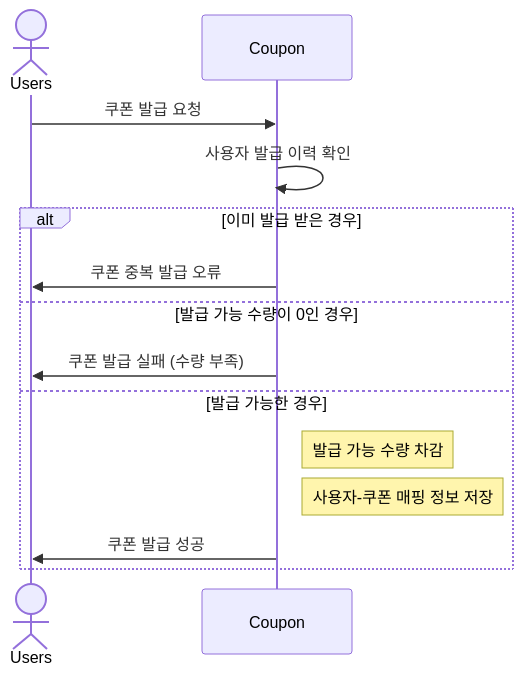
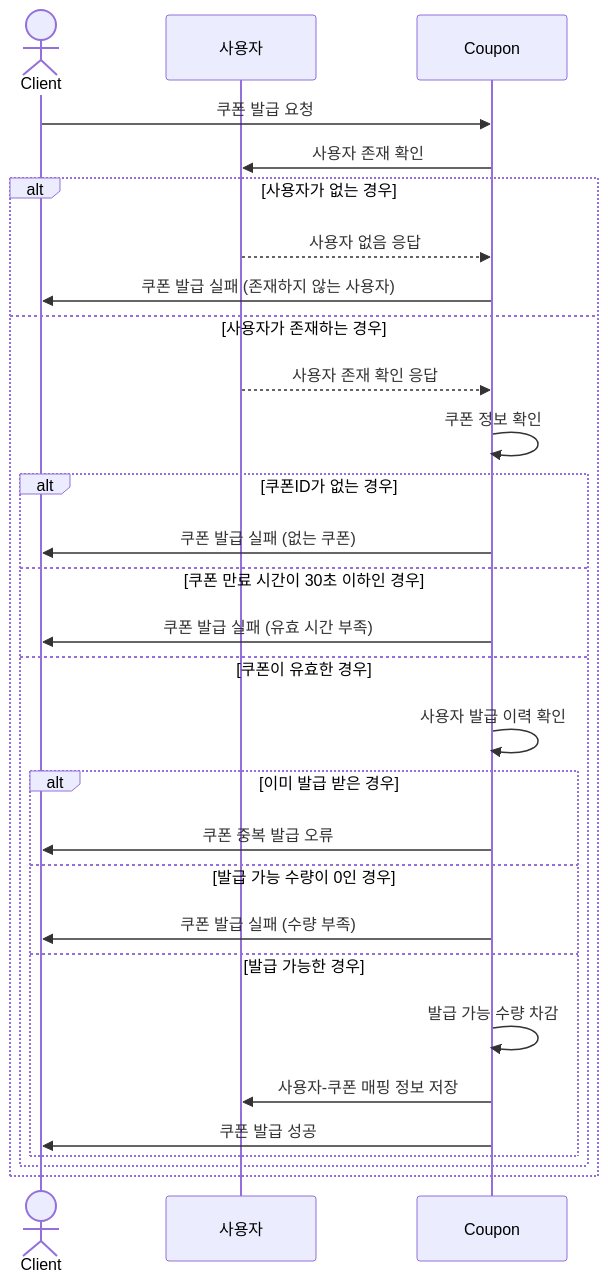
Before and after one commit to KMGeon/hhplus-e-commerce: the fifth of 8 diagrams in docs/SequenceDiagram.md, drawn with Mermaid. The commit also changed other lines of this file, not shown here.

Commit message:
[DOCS] : 시퀀스 다이어그램

````diff
--- a/docs/SequenceDiagram.md
+++ b/docs/SequenceDiagram.md
@@ -53,17 +134,35 @@
 ```mermaid
 sequenceDiagram
-    actor Users
+    actor Client
+    participant Usr as 사용자
     participant Coupon
     
-    Users->>Coupon: 쿠폰 발급 요청
-    Coupon->>Coupon: 사용자 발급 이력 확인
-    alt 이미 발급 받은 경우
-        Coupon->>Users: 쿠폰 중복 발급 오류
-    else 발급 가능 수량이 0인 경우
-        Coupon->>Users: 쿠폰 발급 실패 (수량 부족)
-    else 발급 가능한 경우
-        Note right of Coupon: 발급 가능 수량 차감
-        Note right of Coupon: 사용자-쿠폰 매핑 정보 저장
-        Coupon->>Users: 쿠폰 발급 성공
+    Client->>Coupon: 쿠폰 발급 요청
+    Coupon->>Usr: 사용자 존재 확인
+    
+    alt 사용자가 없는 경우
+        Usr-->>Coupon: 사용자 없음 응답
+        Coupon->>Client: 쿠폰 발급 실패 (존재하지 않는 사용자)
+    else 사용자가 존재하는 경우
+        Usr-->>Coupon: 사용자 존재 확인 응답
+        Coupon->>Coupon: 쿠폰 정보 확인
+        
+        alt 쿠폰ID가 없는 경우
+            Coupon->>Client: 쿠폰 발급 실패 (없는 쿠폰)
+        else 쿠폰 만료 시간이 30초 이하인 경우
+            Coupon->>Client: 쿠폰 발급 실패 (유효 시간 부족)
+        else 쿠폰이 유효한 경우
+            Coupon->>Coupon: 사용자 발급 이력 확인
+            
+            alt 이미 발급 받은 경우
+                Coupon->>Client: 쿠폰 중복 발급 오류
+            else 발급 가능 수량이 0인 경우
+                Coupon->>Client: 쿠폰 발급 실패 (수량 부족)
+            else 발급 가능한 경우
+                Coupon->>Coupon: 발급 가능 수량 차감
+                Coupon->>Usr: 사용자-쿠폰 매핑 정보 저장
+                Coupon->>Client: 쿠폰 발급 성공
+            end
+        end
     end
 ```
````
